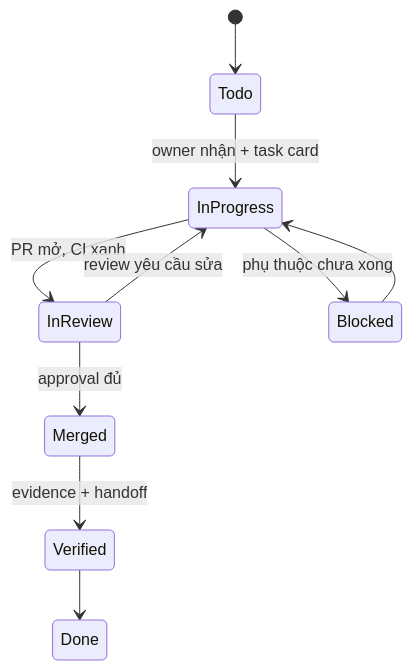
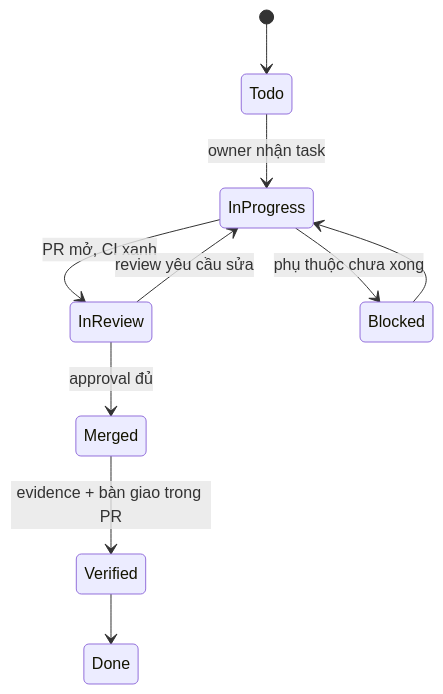
The fifth of 5 diagrams in ROADMAP.md (ThanhDuc1712/EduCenter-Cloud---BTL-Cloud), drawn with Mermaid before and after one commit. The commit also changed other lines of this file, not shown here.

First line of the commit message:
docs(roadmap): v1.3 minimal-docs workflow and 7-branch git model [P0-05]

````diff
--- a/ROADMAP.md
+++ b/ROADMAP.md
@@ -821,12 +812,12 @@
 ```mermaid
 stateDiagram-v2
     [*] --> Todo
-    Todo --> InProgress: owner nhận + task card
+    Todo --> InProgress: owner nhận task
     InProgress --> InReview: PR mở, CI xanh
     InReview --> InProgress: review yêu cầu sửa
     InReview --> Merged: approval đủ
-    Merged --> Verified: evidence + handoff
+    Merged --> Verified: evidence + bàn giao trong PR
     Verified --> Done
     InProgress --> Blocked: phụ thuộc chưa xong
     Blocked --> InProgress
 ```
````
